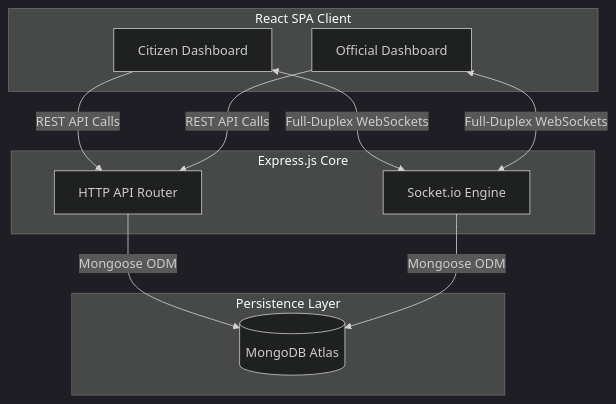
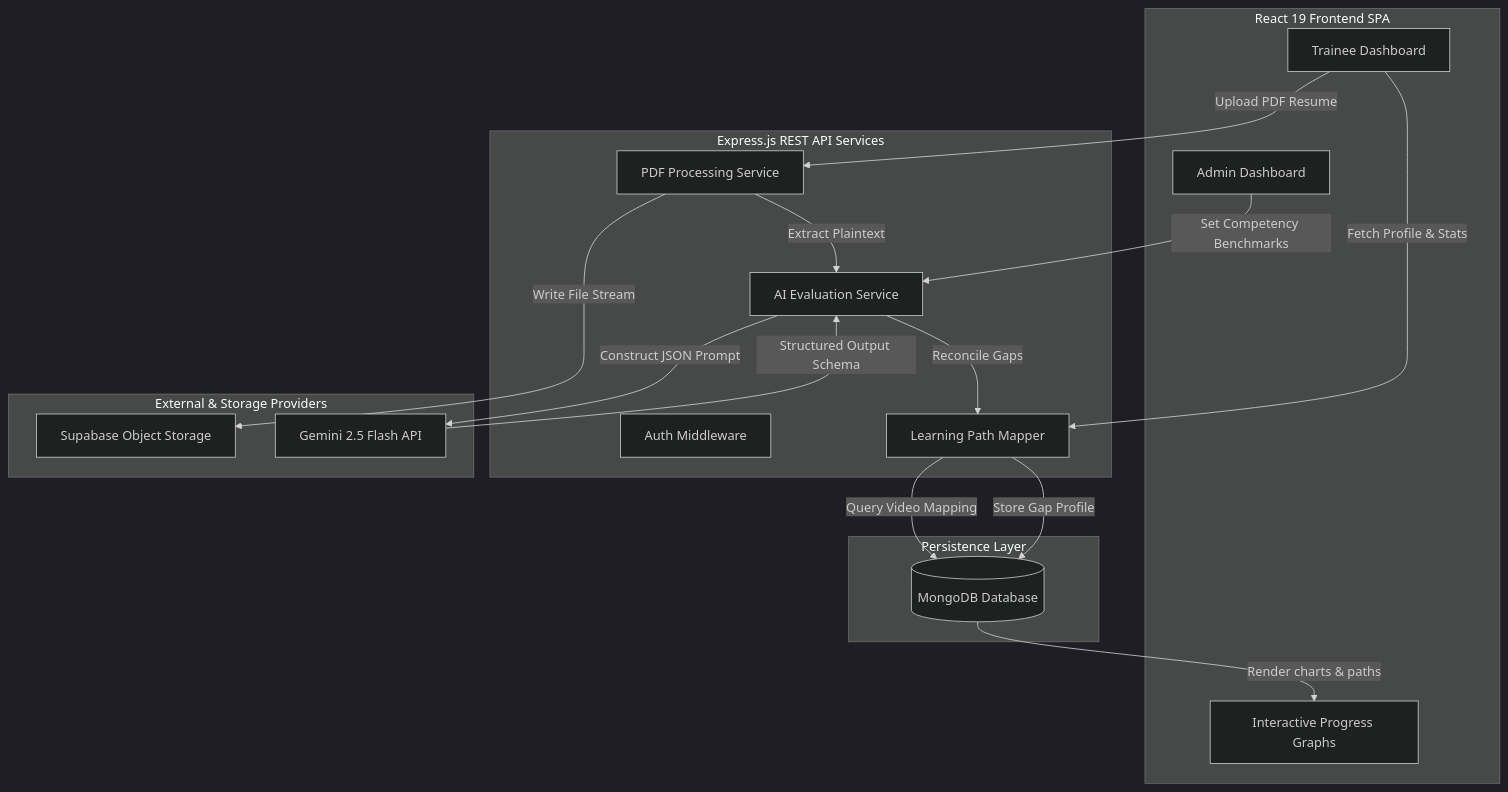
The first of 2 diagrams in README.md (Raj0-0dev/refactor), drawn with Mermaid (dark theme) before and after one commit. The commit also changed other lines of this file, not shown here.

````diff
--- a/README.md
+++ b/README.md
@@ -9,20 +18,41 @@
 ```mermaid
-graph TD
-    subgraph Client Tier [React SPA Client]
-        A[Citizen Dashboard]
-        B[Official Dashboard]
+flowchart TD
+    subgraph Client [React 19 Frontend SPA]
+        A[Admin Dashboard]
+        B[Trainee Dashboard]
+        C[Interactive Progress Graphs]
     end
 
-    subgraph Service Tier [Express.js Core]
-        C[HTTP API Router]
-        D[Socket.io Engine]
+    subgraph Server [Express.js REST API Services]
+        D[Auth Middleware]
+        E[PDF Processing Service]
+        F[AI Evaluation Service]
+        G[Learning Path Mapper]
     end
 
-    subgraph Data Tier [Persistence Layer]
-        E[(MongoDB Atlas)]
+    subgraph Cloud [External & Storage Providers]
+        H[Supabase Object Storage]
+        I[Gemini 2.5 Flash API]
     end
 
-    A & B -->|REST API Calls| C
-    A & B <-->|Full-Duplex WebSockets| D
-    C & D -->|Mongoose ODM| E
+    subgraph DB [Persistence Layer]
+        J[(MongoDB Database)]
+    end
+
+    %% Client Actions
+    B -->|Upload PDF Resume| E
+    B -->|Fetch Profile & Stats| G
+    A -->|Set Competency Benchmarks| F
+    
+    %% Server Operations
+    E -->|Write File Stream| H
+    E -->|Extract Plaintext| F
+    F -->|Construct JSON Prompt| I
+    I -->|Structured Output Schema| F
+    F -->|Reconcile Gaps| G
+    G -->|Query Video Mapping| J
+    G -->|Store Gap Profile| J
+    
+    %% Dashboard Sync
+    J -->|Render charts & paths| C
 ```
````
